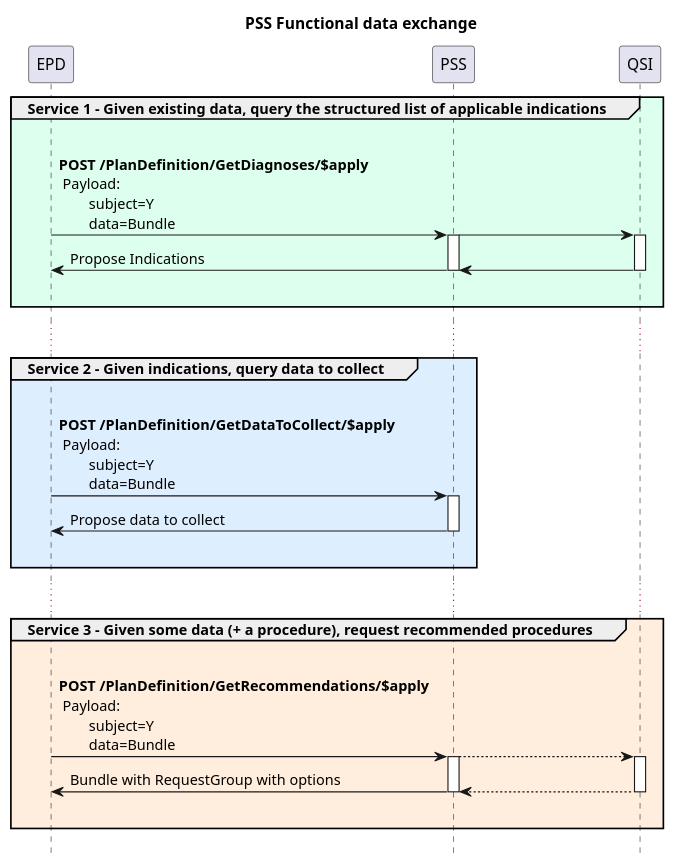
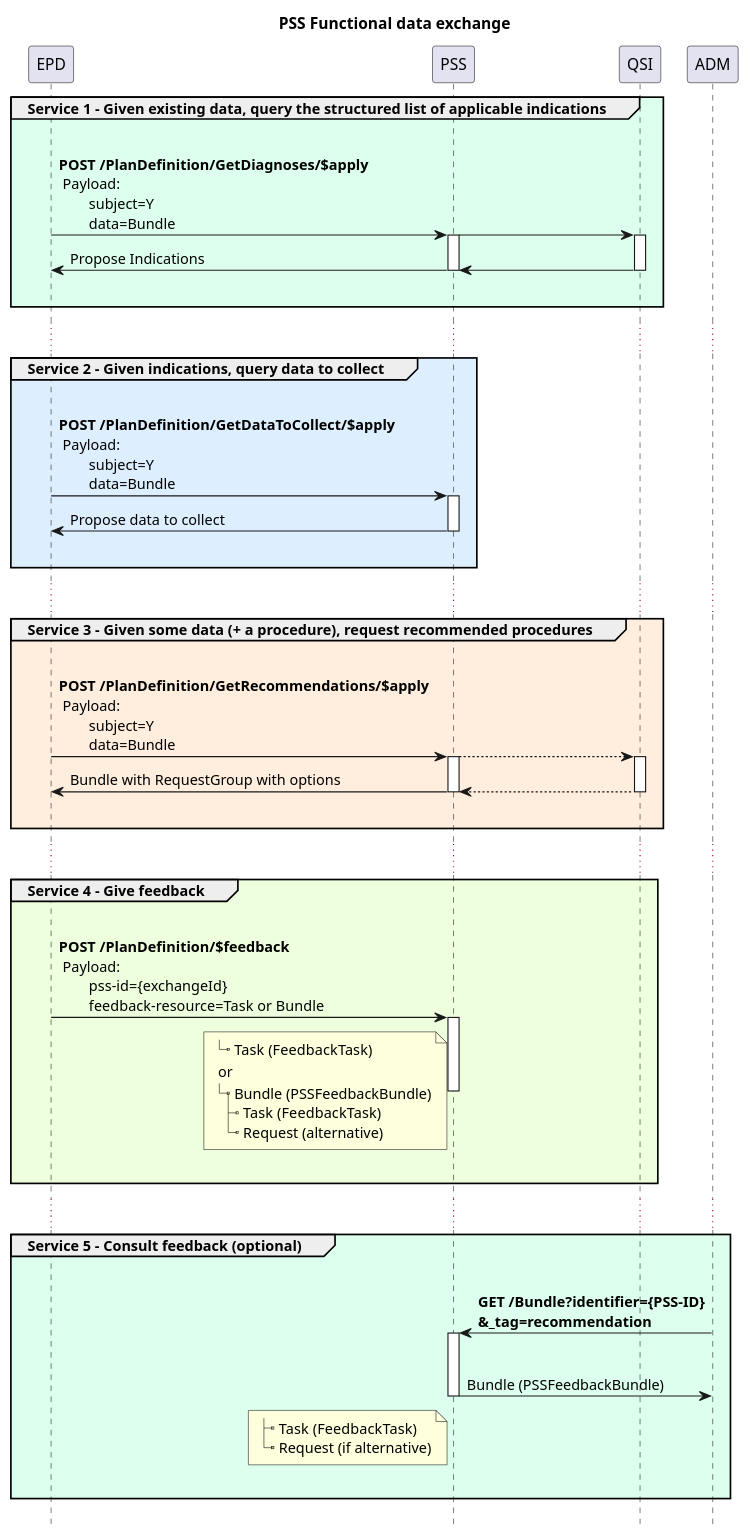
The diagram in input/images-source/pss-flow.plantuml (hl7-be/pss), drawn with PlantUML before and after one commit. The commit also changed 22 other files, not shown here.

```diff
--- a/input/images-source/pss-flow.plantuml
+++ b/input/images-source/pss-flow.plantuml
@@ -1,46 +1,81 @@
 @startuml
 !pragma teoz true
 Title PSS Functional data exchange
 hide footbox
 
 group #DFE Service 1 - Given existing data, query the structured list of applicable indications
         EPD -> PSS : \n**POST /PlanDefinition/GetDiagnoses/$apply**\n Payload:\n        subject=Y\n        data=Bundle
         & PSS -> QSI 
         & PSS -[hidden]-> QSI : "                                      "
         'PSS -> QSI : GET /indictions
 
         activate PSS
         activate QSI
         QSI -> PSS 
         & PSS -> EPD: Propose Indications
         deactivate PSS
         deactivate QSI
         |||
 end
 ...
 group #def Service 2 - Given indications, query data to collect
 
         EPD -> PSS : \n**POST /PlanDefinition/GetDataToCollect/$apply**\n Payload:\n        subject=Y\n        data=Bundle
 
         Activate PSS
 
         PSS -> EPD: Propose data to collect
         deactivate PSS
         |||
 end
 ...
 group #fed Service 3 - Given some data (+ a procedure), request recommended procedures
         EPD -> PSS : \n**POST /PlanDefinition/GetRecommendations/$apply**\n Payload:\n        subject=Y\n        data=Bundle
-        & PSS --> QSI 
+        & PSS --> QSI
         & PSS -[hidden]-> QSI : "                                      "
 
         activate PSS
         activate QSI
-        QSI --> PSS 
+        QSI --> PSS
         & PSS -> EPD: Bundle with RequestGroup with options
         deactivate PSS
         deactivate QSI
         |||
 
 end
+...
+group #efd Service 4 - Give feedback
+        EPD -> PSS : \n**POST /PlanDefinition/$feedback**\n Payload:\n        pss-id={exchangeId}\n        feedback-resource=Task or Bundle
+        note left of PSS
+|_ Task (FeedbackTask)
+  or
+|_ Bundle (PSSFeedbackBundle)
+  |_ Task (FeedbackTask)
+  |_ Request (alternative)
+        end note
+        deactivate EPD
+        activate PSS
+        & PSS -[hidden]-> QSI : "                                      "
+        deactivate PSS
+        |||
+
+end
+...
+group #dfe Service 5 - Consult feedback (optional)
+'        ADM -> PSS : \n**GET /Bundle?identifier={PSS-ID}**\n**&_profile=.../PSSFeedbackBundle**
+        ADM -> PSS : \n**GET /Bundle?identifier={PSS-ID}**\n**&_tag=recommendation**
+
+        & PSS -[hidden]-> QSI : "                                      "
+        activate PSS
+        |||
+        PSS -> ADM : Bundle (PSSFeedbackBundle)
+                note left of PSS
+|_ Task (FeedbackTask)
+|_ Request (if alternative)
+        end note
+        & PSS -[hidden]-> QSI : "                                      "
+        deactivate PSS
+        |||
+
+end
 @enduml
```
